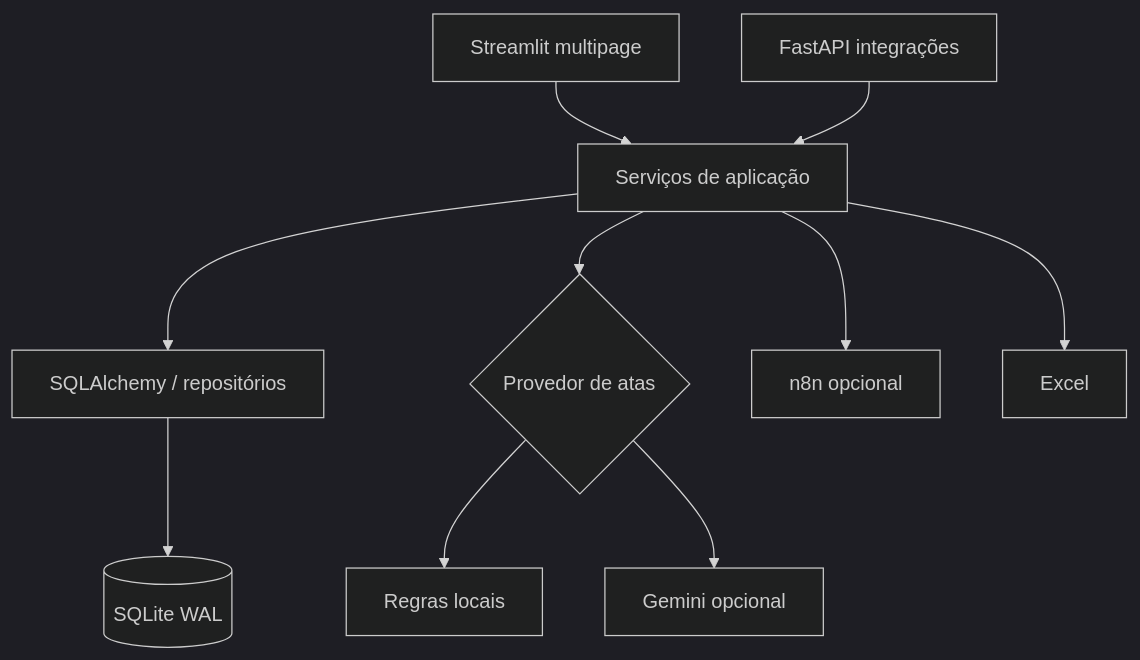
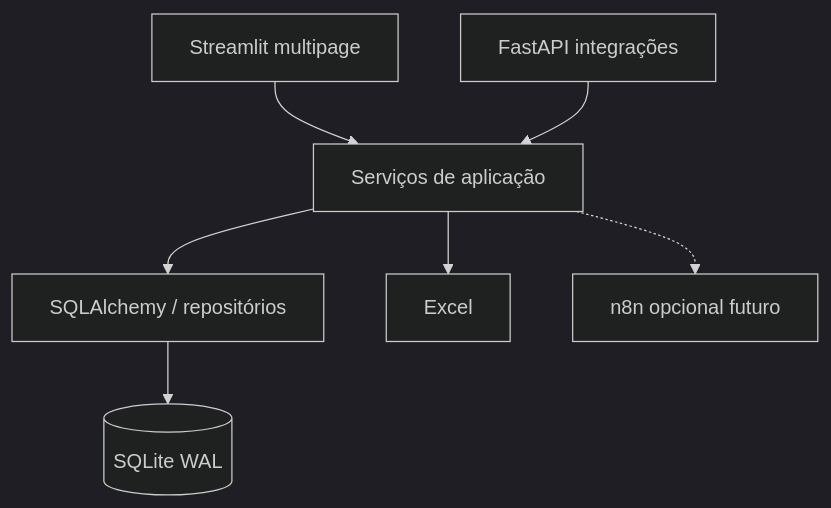
One commit to Daniel-Macedo-dev/innovation-governance-hub changed the diagram in docs/diagrams/architecture.mmd. Above: the diagram before and after it, drawn with Mermaid (dark theme). The commit also changed other lines of this file and 19 other files, not shown here.

```diff
--- a/docs/diagrams/architecture.mmd
+++ b/docs/diagrams/architecture.mmd
@@ -1,10 +1,7 @@
 flowchart TD
   UI[Streamlit multipage] --> S[Serviços de aplicação]
   API[FastAPI integrações] --> S
   S --> R[SQLAlchemy / repositórios]
   R --> DB[(SQLite WAL)]
-  S --> AI{Provedor de atas}
-  AI --> Demo[Regras locais]
-  AI --> Gemini[Gemini opcional]
-  S --> N8N[n8n opcional]
   S --> XLSX[Excel]
+  S -.-> N8N[n8n opcional futuro]
```
